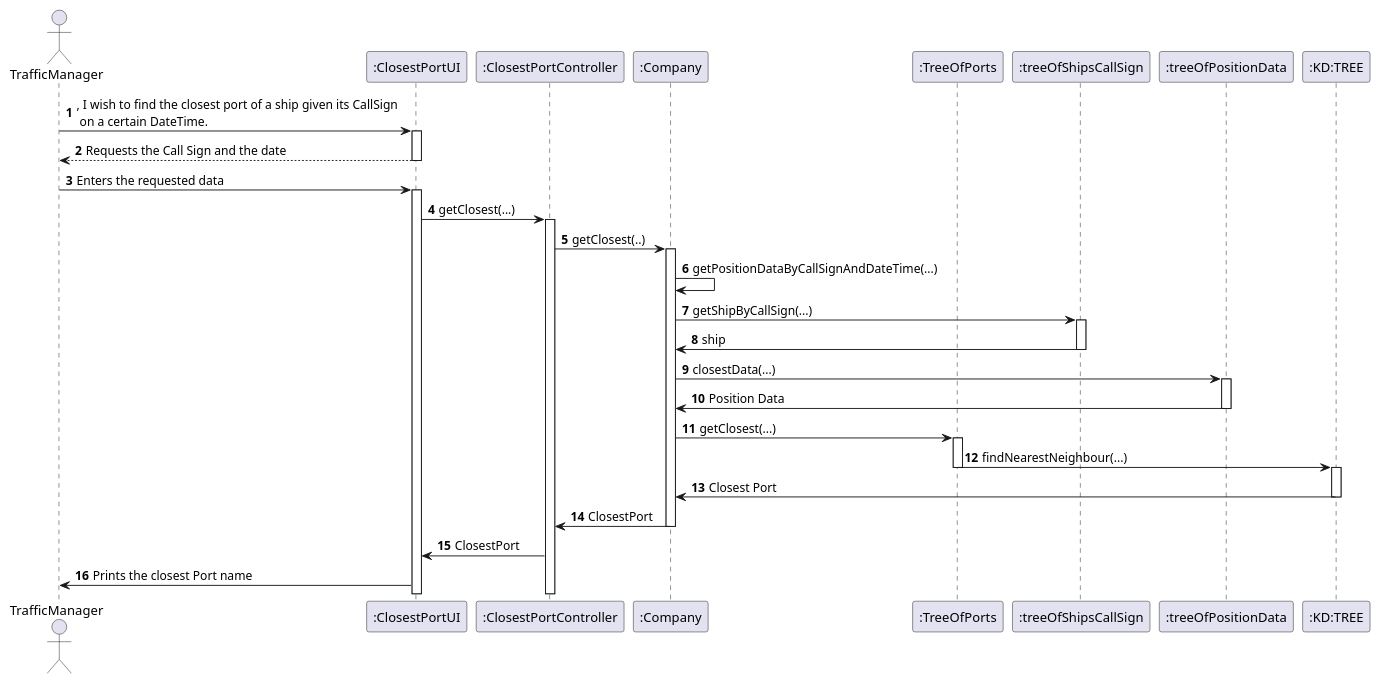
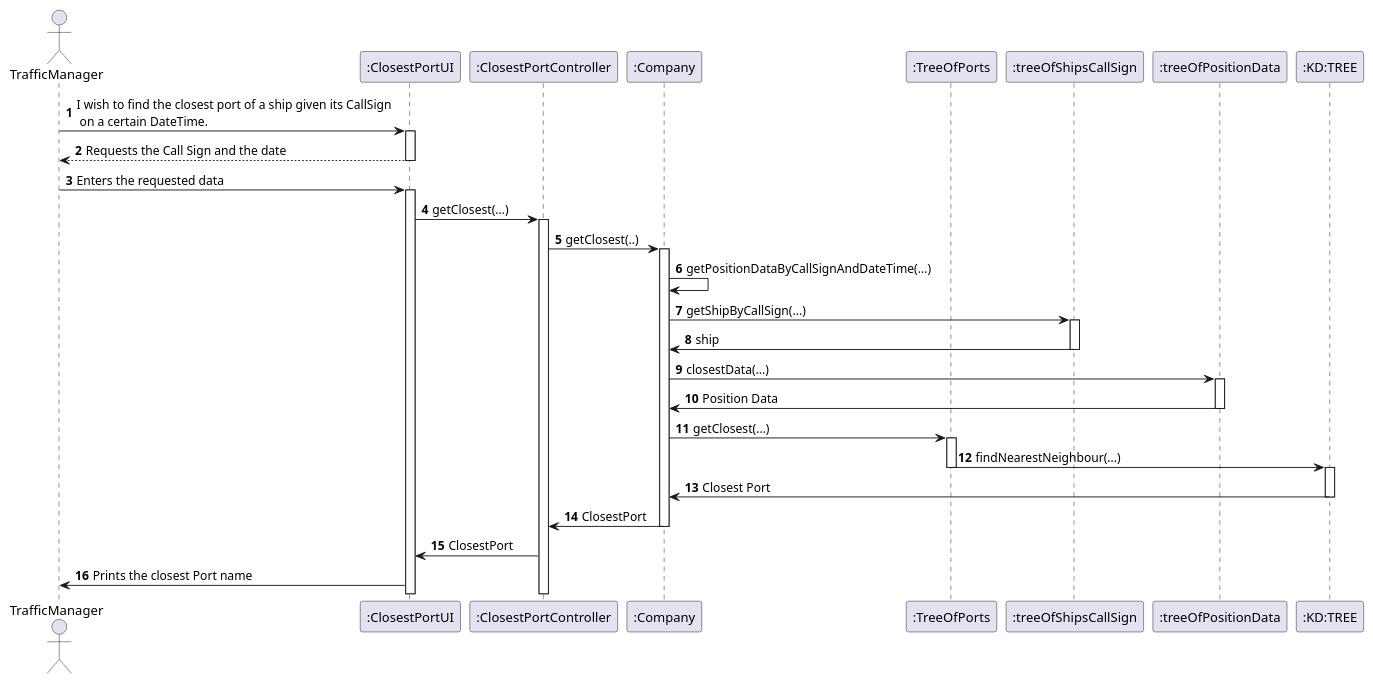
One commit to LourencoMelo/ISEP-LAPR3-ESINF changed the diagram in Docs/Sprint2/US202/SD.puml. Above: the diagram before and after it, drawn with PlantUML. The commit also changed 16 other files, not shown here.

```diff
--- a/Docs/Sprint2/US202/SD.puml
+++ b/Docs/Sprint2/US202/SD.puml
@@ -1,48 +1,48 @@
 @startuml
 'https://plantuml.com/sequence-diagram
 
 autonumber
 
 actor       TrafficManager             as TM
 participant    ":ClosestPortUI"         as UI
 participant    ":ClosestPortController" as CTRL
 participant    ":Company"              as Company
 participant    ":TreeOfPorts"   as TreeOfPorts
 participant    ":treeOfShipsCallSign"   as treeOfShipsCallSign
 participant    ":treeOfPositionData"   as TreeOfPositionData
 participant    ":KD:TREE"   as KD
 
-TM -> UI : , I wish to find the closest port of a ship given its CallSign \n on a certain DateTime.
+TM -> UI : I wish to find the closest port of a ship given its CallSign \n on a certain DateTime.
 activate UI
 UI --> TM: Requests the Call Sign and the date
 deactivate UI
 
 TM -> UI : Enters the requested data
 activate UI
 
 UI -> CTRL : getClosest(...)
 activate CTRL
 CTRL -> Company : getClosest(..)
 activate Company
 Company -> Company : getPositionDataByCallSignAndDateTime(...)
 Company -> treeOfShipsCallSign : getShipByCallSign(...)
 activate treeOfShipsCallSign
 treeOfShipsCallSign -> Company : ship
 deactivate treeOfShipsCallSign
 Company -> TreeOfPositionData : closestData(...)
 activate TreeOfPositionData
 TreeOfPositionData -> Company : Position Data
 deactivate TreeOfPositionData
 Company -> TreeOfPorts : getClosest(...)
 activate TreeOfPorts
 TreeOfPorts -> KD : findNearestNeighbour(...)
 deactivate TreeOfPorts
 activate KD
 KD -> Company : Closest Port
 deactivate KD
 Company -> CTRL : ClosestPort
 deactivate Company
 CTRL -> UI : ClosestPort
 UI -> TM : Prints the closest Port name
 
 @enduml
```
